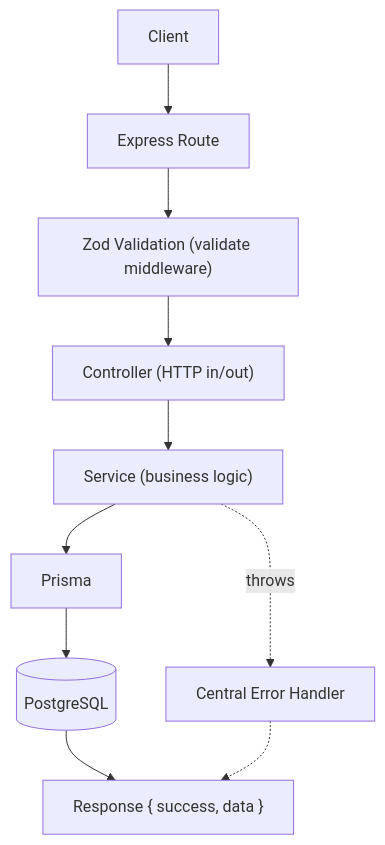
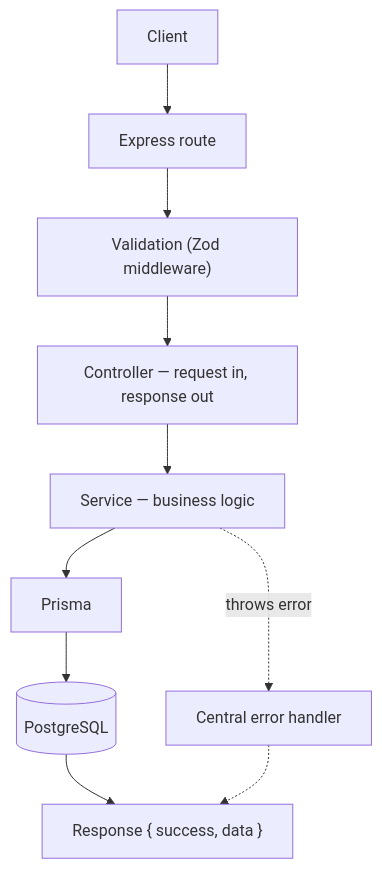
The fifth of 6 diagrams in README.md (vaishnaviinit/DevFlow), drawn with Mermaid before and after one commit. The commit also changed other lines of this file and 2 other files, not shown here.

````diff
--- a/README.md
+++ b/README.md
@@ -340,12 +417,12 @@
 ```mermaid
 flowchart TD
-    Client --> Route["Express Route"]
-    Route --> Validate["Zod Validation (validate middleware)"]
-    Validate --> Controller["Controller (HTTP in/out)"]
-    Controller --> Service["Service (business logic)"]
+    Client --> Route["Express route"]
+    Route --> Validate["Validation (Zod middleware)"]
+    Validate --> Controller["Controller — request in, response out"]
+    Controller --> Service["Service — business logic"]
     Service --> Prisma["Prisma"]
     Prisma --> DB[("PostgreSQL")]
     DB --> Response["Response { success, data }"]
-    Service -.throws.-> ErrH["Central Error Handler"]
+    Service -.throws error.-> ErrH["Central error handler"]
     ErrH -.-> Response
 ```
````
